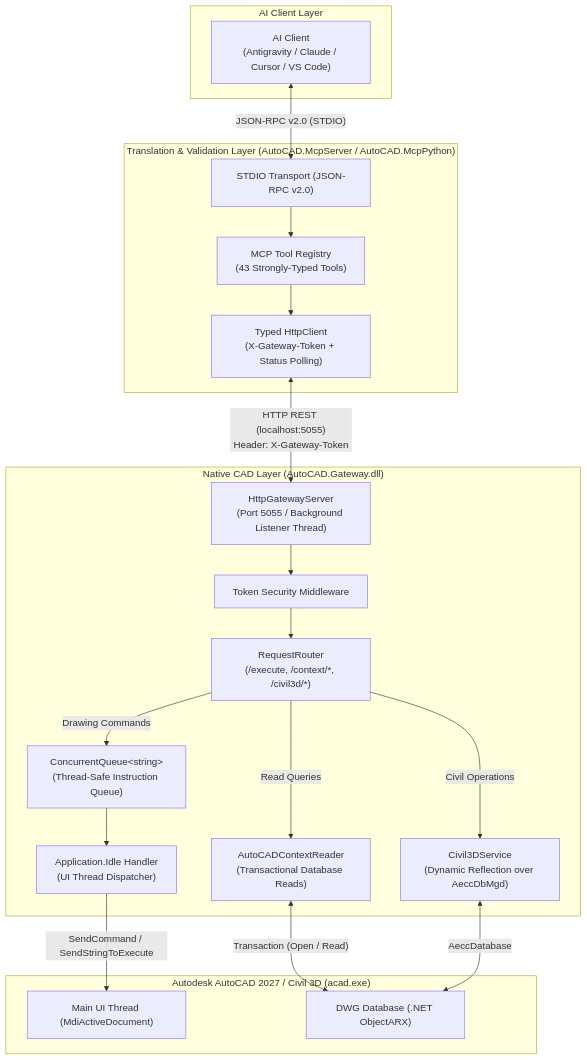
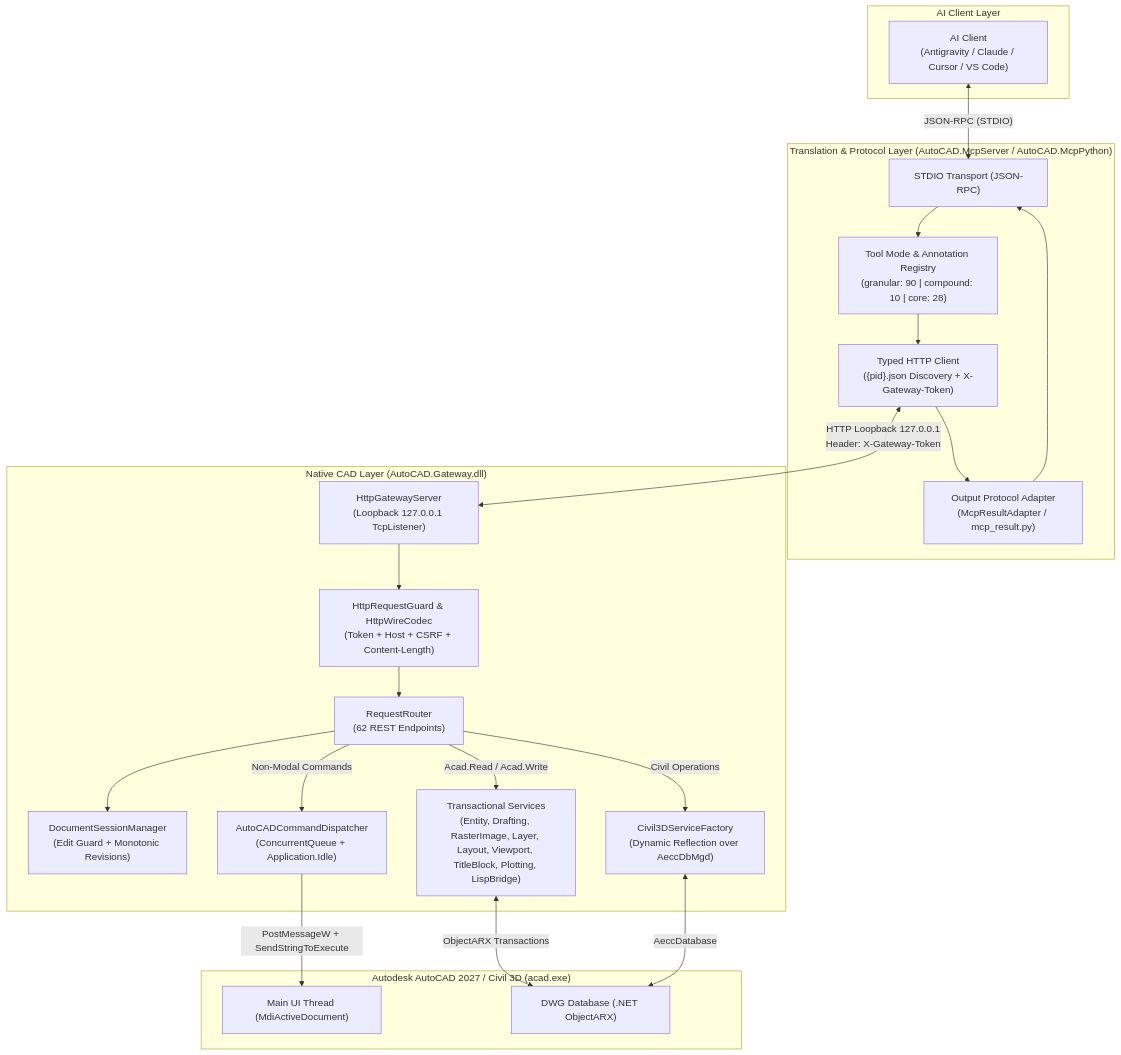
The first of 2 diagrams in docs/ARCHITECTURE.md (LuiccianDev/autocad-mcp), drawn with Mermaid before and after one commit. The commit also changed other lines of this file and 5 other files, not shown here.

````diff
--- a/docs/ARCHITECTURE.md
+++ b/docs/ARCHITECTURE.md
@@ -11,41 +11,44 @@
 ```mermaid
 flowchart TD
     subgraph ClientLayer["AI Client Layer"]
         AIC["AI Client\n(Antigravity / Claude / Cursor / VS Code)"]
     end
 
-    subgraph MCPLayer["Translation & Validation Layer (AutoCAD.McpServer / AutoCAD.McpPython)"]
-        STDIO["STDIO Transport (JSON-RPC v2.0)"]
-        ToolsReg["MCP Tool Registry\n(43 Strongly-Typed Tools)"]
-        HTTPClient["Typed HttpClient\n(X-Gateway-Token + Status Polling)"]
+    subgraph MCPLayer["Translation & Protocol Layer (AutoCAD.McpServer / AutoCAD.McpPython)"]
+        STDIO["STDIO Transport (JSON-RPC)"]
+        ToolsReg["Tool Mode & Annotation Registry\n(granular: 90 | compound: 10 | core: 28)"]
+        ResultAdapter["Output Protocol Adapter\n(McpResultAdapter / mcp_result.py)"]
+        HTTPClient["Typed HTTP Client\n({pid}.json Discovery + X-Gateway-Token)"]
     end
 
     subgraph GatewayLayer["Native CAD Layer (AutoCAD.Gateway.dll)"]
-        HTTPServer["HttpGatewayServer\n(Port 5055 / Background Listener Thread)"]
-        AuthMiddleware["Token Security Middleware"]
-        Router["RequestRouter\n(/execute, /context/*, /civil3d/*)"]
-        Queue["ConcurrentQueue&lt;string&gt;\n(Thread-Safe Instruction Queue)"]
-        IdleHandler["Application.Idle Handler\n(UI Thread Dispatcher)"]
-        ContextReader["AutoCADContextReader\n(Transactional Database Reads)"]
-        CivilService["Civil3DService\n(Dynamic Reflection over AeccDbMgd)"]
+        HTTPServer["HttpGatewayServer\n(Loopback 127.0.0.1 TcpListener)"]
+        AuthGuard["HttpRequestGuard & HttpWireCodec\n(Token + Host + CSRF + Content-Length)"]
+        Router["RequestRouter\n(62 REST Endpoints)"]
+        SessionMgr["DocumentSessionManager\n(Edit Guard + Monotonic Revisions)"]
+        Queue["AutoCADCommandDispatcher\n(ConcurrentQueue + Application.Idle)"]
+        NativeServices["Transactional Services\n(Entity, Drafting, RasterImage, Layer, Layout, Viewport, TitleBlock, Plotting, LispBridge)"]
+        CivilService["Civil3DServiceFactory\n(Dynamic Reflection over AeccDbMgd)"]
     end
 
     subgraph AutoCADApp["Autodesk AutoCAD 2027 / Civil 3D (acad.exe)"]
         UIThread["Main UI Thread (MdiActiveDocument)"]
         CADDatabase["DWG Database (.NET ObjectARX)"]
     end
 
-    AIC <-->|"JSON-RPC v2.0 (STDIO)"| STDIO
+    AIC <-->|"JSON-RPC (STDIO)"| STDIO
     STDIO --> ToolsReg
     ToolsReg --> HTTPClient
-    HTTPClient <-->|"HTTP REST (localhost:5055)\nHeader: X-Gateway-Token"| HTTPServer
-    HTTPServer --> AuthMiddleware
-    AuthMiddleware --> Router
-    Router -->|"Drawing Commands"| Queue
-    Queue --> IdleHandler
-    IdleHandler -->|"SendCommand / SendStringToExecute"| UIThread
-    Router -->|"Read Queries"| ContextReader
-    ContextReader <-->|"Transaction (Open / Read)"| CADDatabase
+    HTTPClient --> ResultAdapter
+    ResultAdapter --> STDIO
+    HTTPClient <-->|"HTTP Loopback 127.0.0.1\nHeader: X-Gateway-Token"| HTTPServer
+    HTTPServer --> AuthGuard
+    AuthGuard --> Router
+    Router --> SessionMgr
+    Router -->|"Non-Modal Commands"| Queue
+    Queue -->|"PostMessageW + SendStringToExecute"| UIThread
+    Router -->|"Acad.Read / Acad.Write"| NativeServices
+    NativeServices <-->|"ObjectARX Transactions"| CADDatabase
     Router -->|"Civil Operations"| CivilService
     CivilService <-->|"AeccDatabase"| CADDatabase
 ```
````
